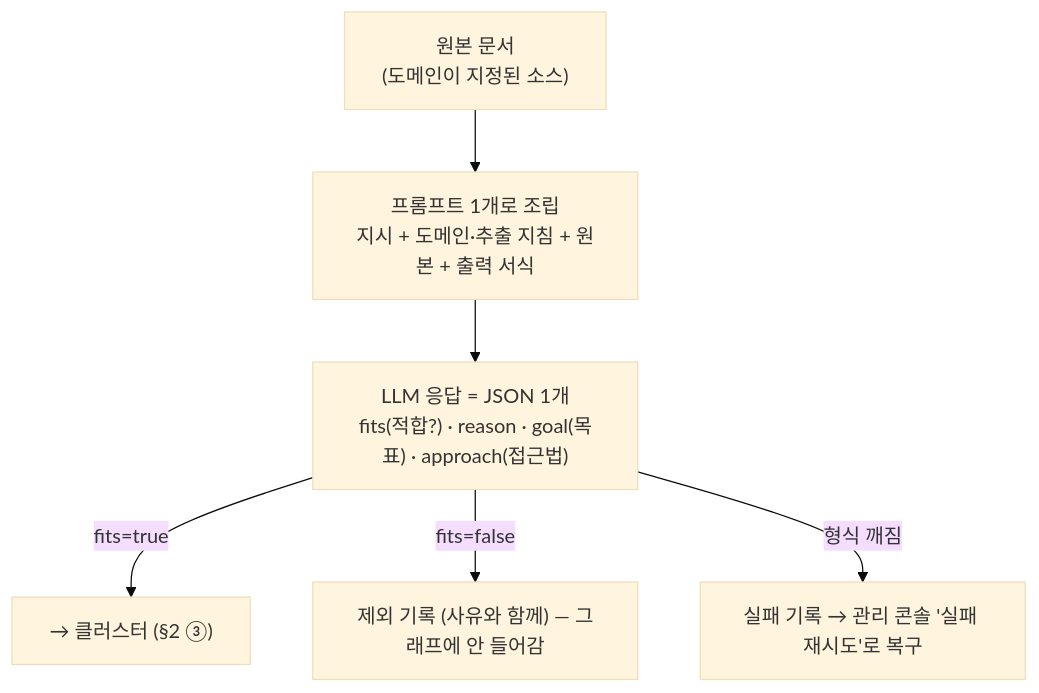
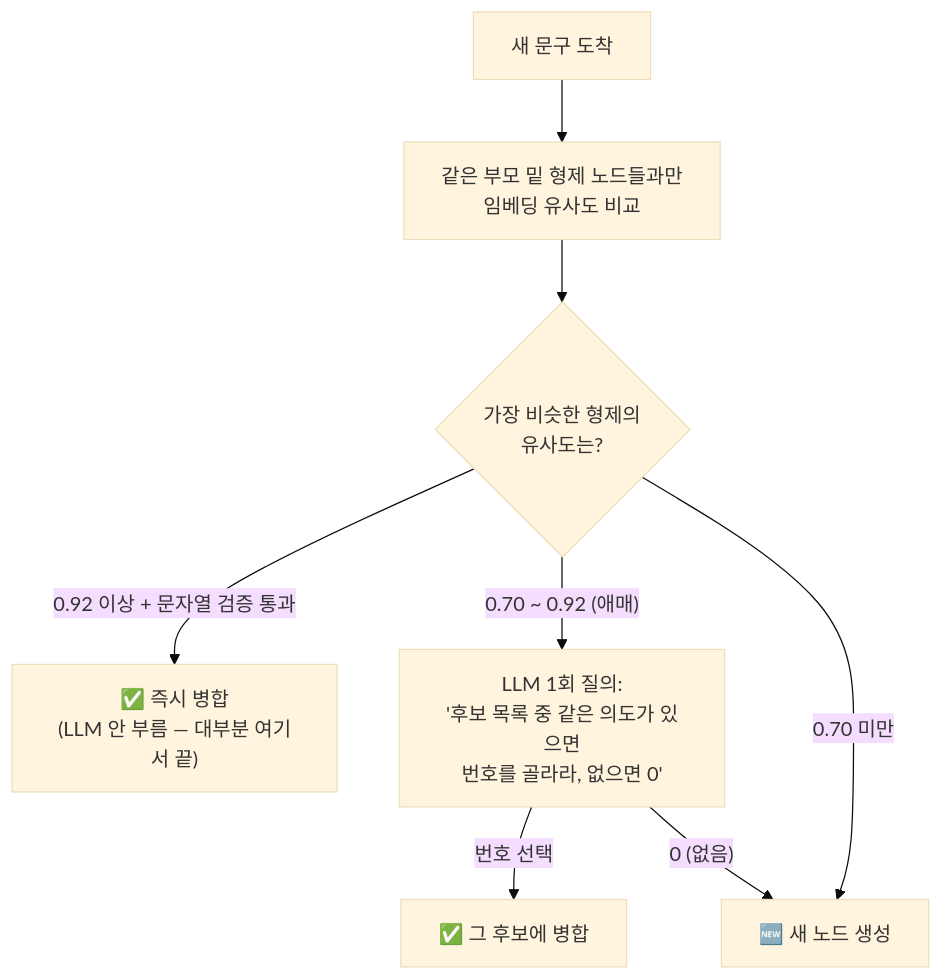
Before and after one commit to catinbox276/graph-search-chat: the eighth of 11 diagrams in docs/plan.md, drawn with Mermaid (base theme). The commit also changed other lines of this file and 4 other files, not shown here.

````diff
--- a/docs/plan.md
+++ b/docs/plan.md
@@ -137,8 +271,10 @@
 ```mermaid
 flowchart TB
-    A["원본 문서<br/>(도메인이 지정된 소스)"] --> B["프롬프트 1개로 조립<br/>지시 + 도메인·추출 지침 + 원본 + 출력 서식"]
-    B --> C["LLM 응답 = JSON 1개<br/>fits(적합?) · reason · goal(목표) · approach(접근법)"]
-    C -->|"fits=true"| OK["→ 클러스터 (§2 ③)"]
-    C -->|"fits=false"| X["제외 기록 (사유와 함께) — 그래프에 안 들어감"]
-    C -->|"형식 깨짐"| E2["실패 기록 → 관리 콘솔 '실패 재시도'로 복구"]
+    A["새 문구 도착"] --> B["같은 부모 밑 형제 노드들과만<br/>임베딩 유사도 비교"]
+    B --> C{"가장 비슷한 형제의<br/>유사도는?"}
+    C -->|"0.92 이상 + 문자열 검증 통과"| D["✅ 즉시 병합<br/>(LLM 안 부름 — 대부분 여기서 끝)"]
+    C -->|"0.70 ~ 0.92 (애매)"| E["LLM 1회 질의:<br/>'후보 목록 중 같은 의도가 있으면<br/>번호를 골라라, 없으면 0'"]
+    E -->|"번호 선택"| F["✅ 그 후보에 병합"]
+    E -->|"0 (없음)"| G["🆕 새 노드 생성"]
+    C -->|"0.70 미만"| G
 ```
````
